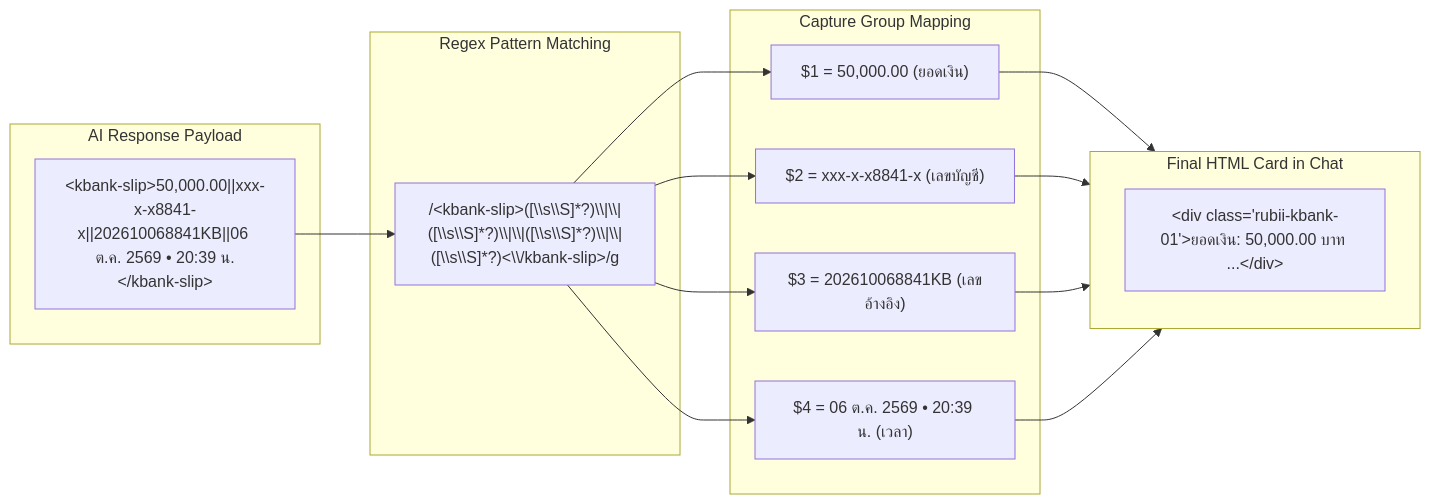
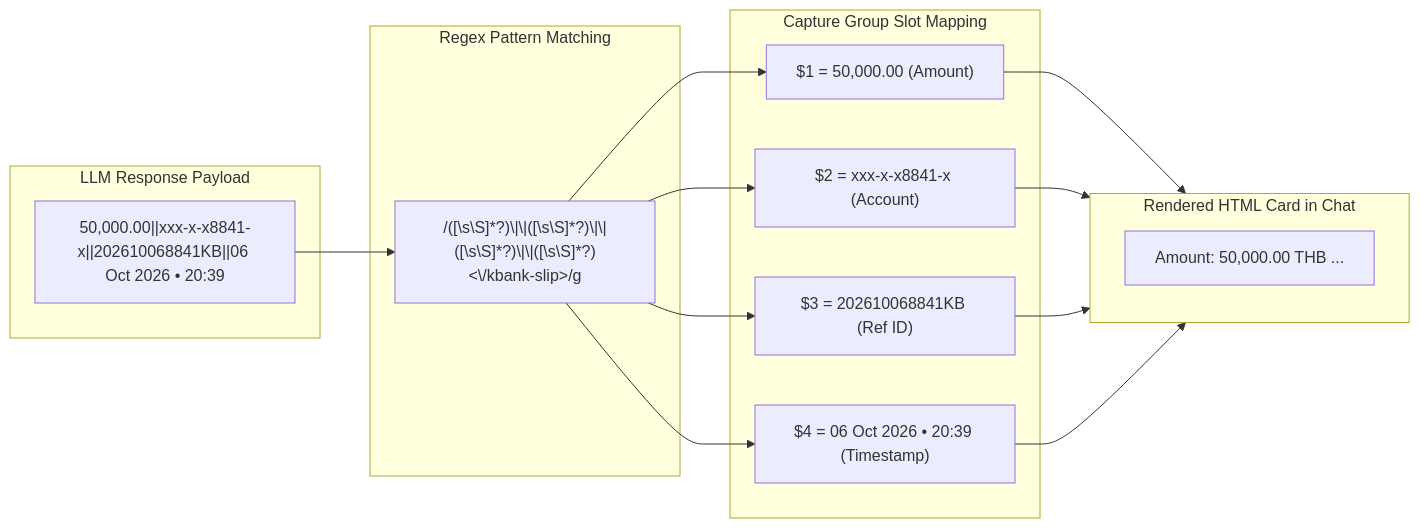
The second of 7 diagrams in RUBII_CODE_STUDY_AND_ARCHITECTURE_RESEARCH.md (jadesolju/Snippet-Studio), drawn with Mermaid before and after one commit. The commit also changed other lines of this file and 2 other files, not shown here.

Commit message:
docs: standardize all Mermaid diagrams to English with Thai workflow blockquotes and zero emojis

````diff
--- a/RUBII_CODE_STUDY_AND_ARCHITECTURE_RESEARCH.md
+++ b/RUBII_CODE_STUDY_AND_ARCHITECTURE_RESEARCH.md
@@ -98,25 +104,25 @@
 ```mermaid
 flowchart LR
-    subgraph InputPayload["AI Response Payload"]
-        IP["&lt;kbank-slip&gt;50,000.00||xxx-x-x8841-x||202610068841KB||06 ต.ค. 2569 • 20:39 น.&lt;/kbank-slip&gt;"]
+    subgraph InputPayload["LLM Response Payload"]
+        IP["<kbank-slip>50,000.00||xxx-x-x8841-x||202610068841KB||06 Oct 2026 • 20:39</kbank-slip>"]
     end
 
     subgraph RegexEngine["Regex Pattern Matching"]
-        RP["/&lt;kbank-slip&gt;([\\s\\S]*?)\\|\\|([\\s\\S]*?)\\|\\|([\\s\\S]*?)\\|\\|([\\s\\S]*?)&lt;\\/kbank-slip&gt;/g"]
+        RP["/<kbank-slip>([\s\S]*?)\|\|([\s\S]*?)\|\|([\s\S]*?)\|\|([\s\S]*?)<\/kbank-slip>/g"]
     end
 
-    subgraph Slots["Capture Group Mapping"]
-        S1["$1 = 50,000.00 (ยอดเงิน)"]
-        S2["$2 = xxx-x-x8841-x (เลขบัญชี)"]
-        S3["$3 = 202610068841KB (เลขอ้างอิง)"]
-        S4["$4 = 06 ต.ค. 2569 • 20:39 น. (เวลา)"]
+    subgraph Slots["Capture Group Slot Mapping"]
+        S1["$1 = 50,000.00 (Amount)"]
+        S2["$2 = xxx-x-x8841-x (Account)"]
+        S3["$3 = 202610068841KB (Ref ID)"]
+        S4["$4 = 06 Oct 2026 • 20:39 (Timestamp)"]
     end
 
-    subgraph RenderedCard["Final HTML Card in Chat"]
-        RC["&lt;div class='rubii-kbank-01'&gt;ยอดเงิน: 50,000.00 บาท ...&lt;/div&gt;"]
+    subgraph RenderedCard["Rendered HTML Card in Chat"]
+        RC["<div class='rubii-kbank-01'>Amount: 50,000.00 THB ...</div>"]
     end
 
     IP --> RP
     RP --> S1 & S2 & S3 & S4
     S1 & S2 & S3 & S4 --> RenderedCard
 ```
````
